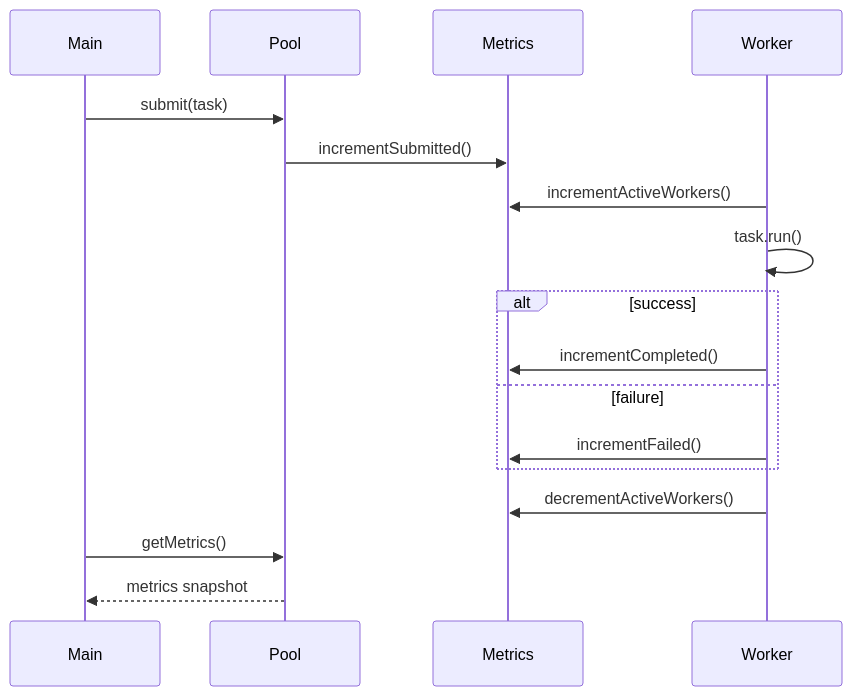
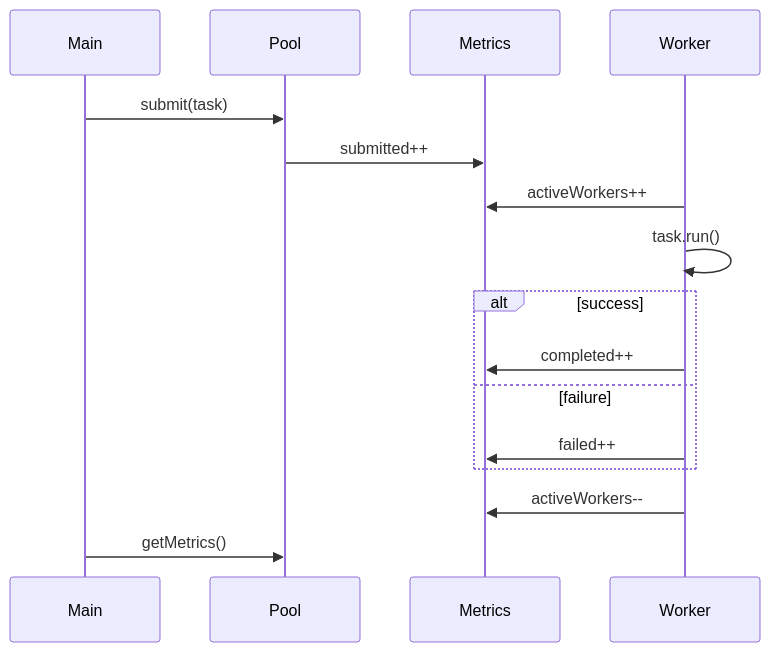
The seventh of 8 diagrams in HLD_NOTES/006_MINI_PROJECTS/001_ThreadPool.md (mthaiseer/springcloud-systemdesign-notes), drawn with Mermaid before and after one commit. The commit also changed other lines of this file and 2 other files, not shown here.

````diff
--- a/HLD_NOTES/006_MINI_PROJECTS/001_ThreadPool.md
+++ b/HLD_NOTES/006_MINI_PROJECTS/001_ThreadPool.md
@@ -1559,20 +2219,19 @@
 ```mermaid
 sequenceDiagram
     participant Main
     participant Pool
     participant Metrics
     participant Worker
 
     Main->>Pool: submit(task)
-    Pool->>Metrics: incrementSubmitted()
-    Worker->>Metrics: incrementActiveWorkers()
+    Pool->>Metrics: submitted++
+    Worker->>Metrics: activeWorkers++
     Worker->>Worker: task.run()
     alt success
-        Worker->>Metrics: incrementCompleted()
+        Worker->>Metrics: completed++
     else failure
-        Worker->>Metrics: incrementFailed()
+        Worker->>Metrics: failed++
     end
-    Worker->>Metrics: decrementActiveWorkers()
+    Worker->>Metrics: activeWorkers--
     Main->>Pool: getMetrics()
-    Pool-->>Main: metrics snapshot
 ```
````
